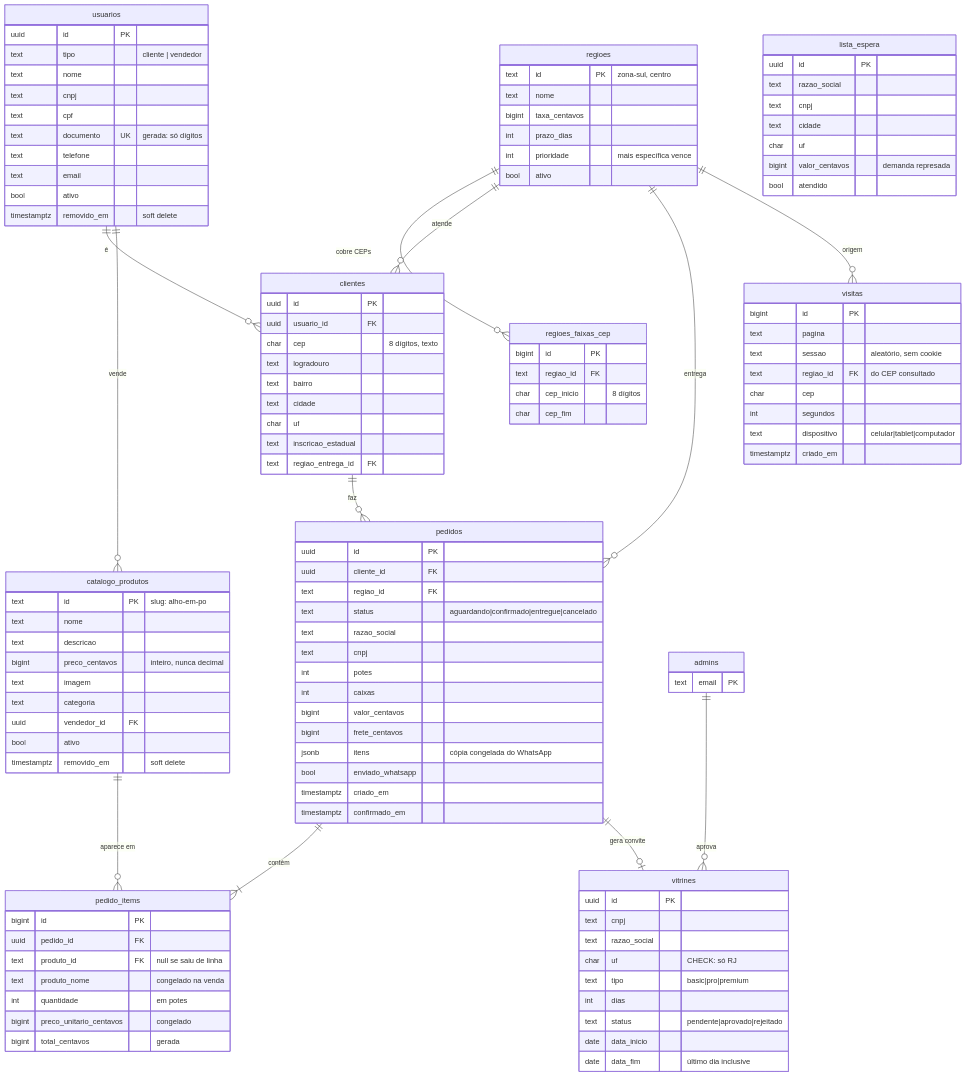
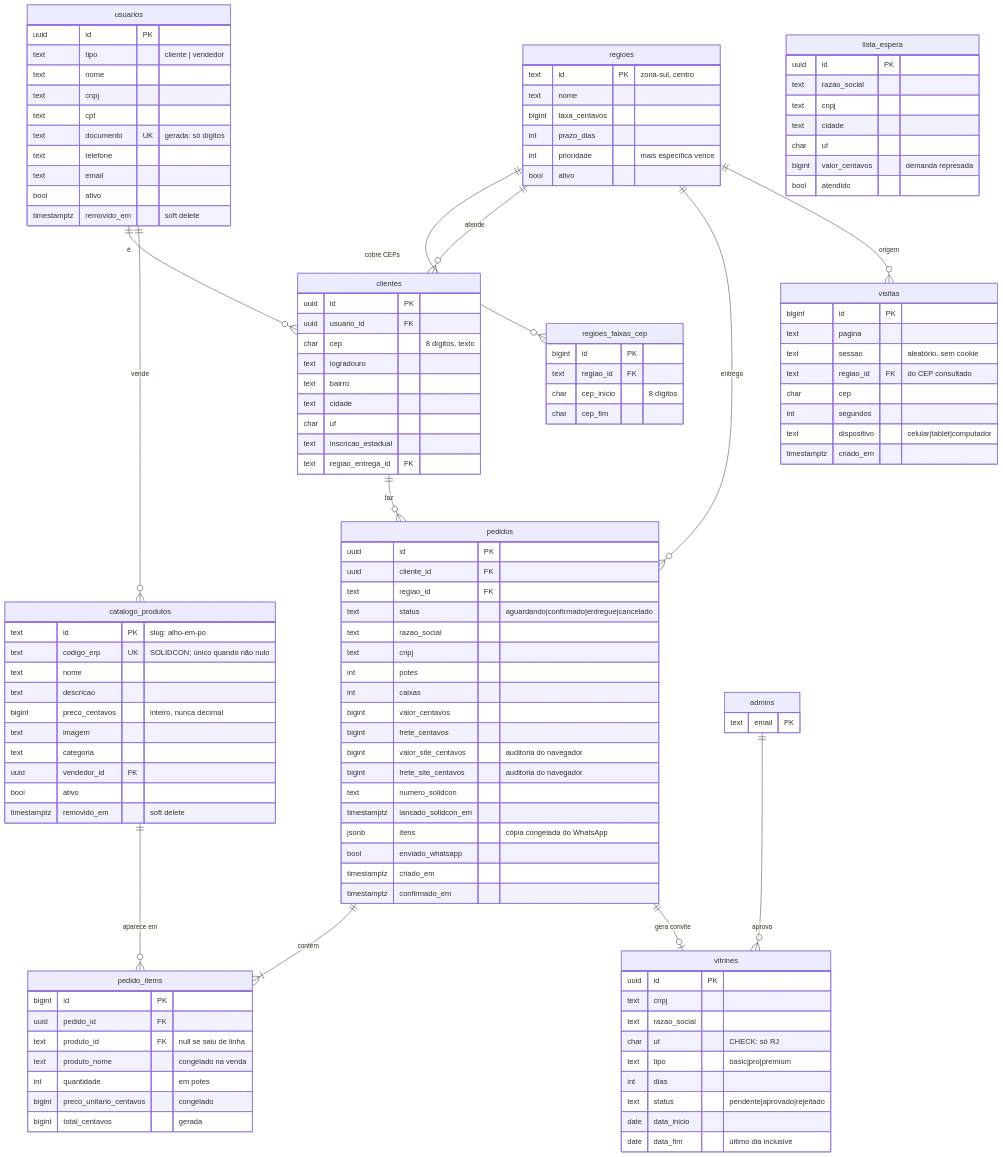
One commit to KaykyAzevedo/Site-Temp-Rio changed the diagram in admin/ESTRUTURA-BANCO.md. Above: the diagram before and after it, drawn with Mermaid. The commit also changed other lines of this file and 4 other files, not shown here.

```diff
--- a/admin/ESTRUTURA-BANCO.md
+++ b/admin/ESTRUTURA-BANCO.md
@@ -46,6 +46,7 @@
 
     catalogo_produtos {
         text id PK "slug: alho-em-po"
+        text codigo_erp UK "SOLIDCON; único quando não nulo"
         text nome
         text descricao
         bigint preco_centavos "inteiro, nunca decimal"
@@ -67,6 +68,10 @@
         int caixas
         bigint valor_centavos
         bigint frete_centavos
+        bigint valor_site_centavos "auditoria do navegador"
+        bigint frete_site_centavos "auditoria do navegador"
+        text numero_solidcon
+        timestamptz lancado_solidcon_em
         jsonb itens "cópia congelada do WhatsApp"
         bool enviado_whatsapp
         timestamptz criado_em
```
